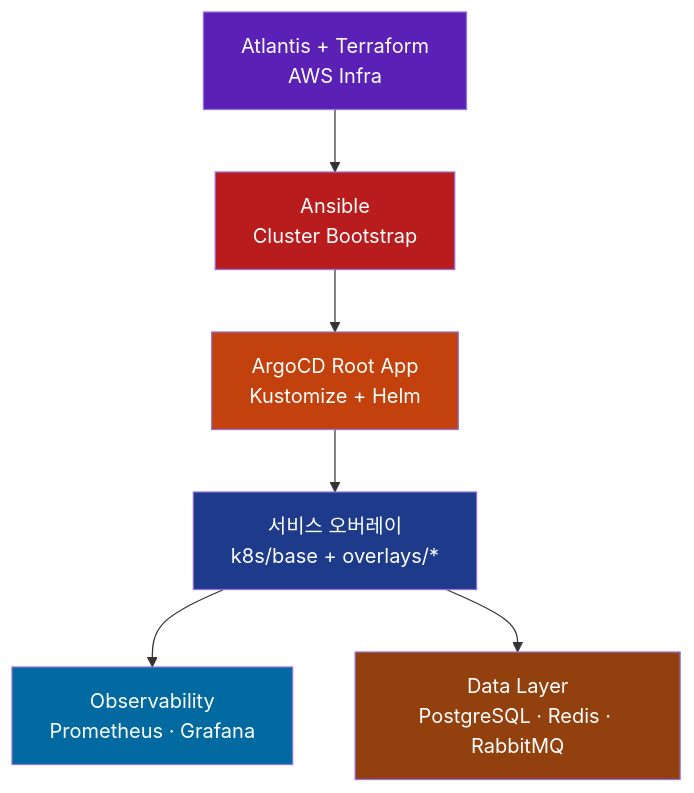
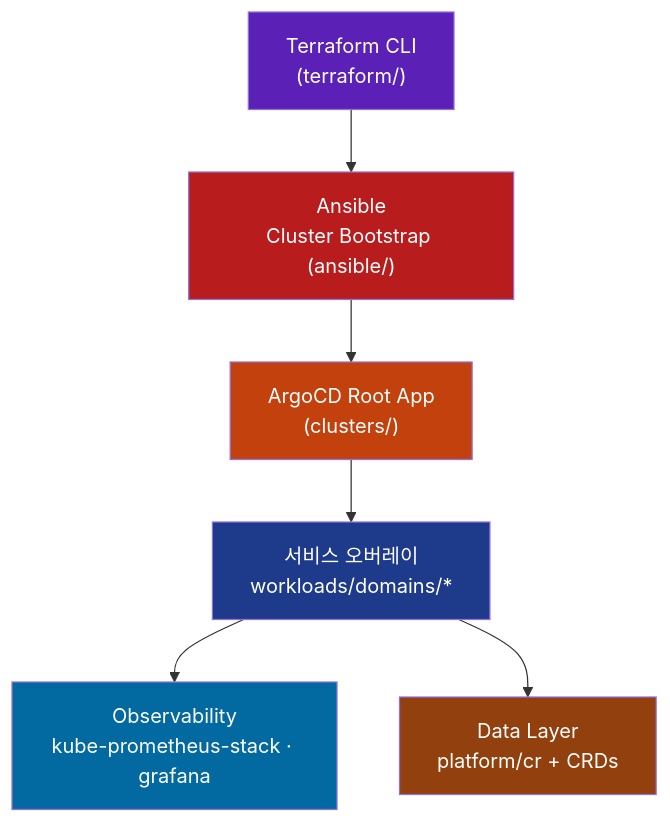
The second of 2 diagrams in README.md (SeSACTHON/backend), drawn with Mermaid before and after one commit. The commit also changed other lines of this file and 13 other files, not shown here.

````diff
--- a/README.md
+++ b/README.md
@@ -90,14 +94,14 @@
 ```mermaid
 graph TD
-    TF["Atlantis + Terraform<br/>AWS Infra"] --> ANS["Ansible<br/>Cluster Bootstrap"]
-    ANS --> ACD["ArgoCD Root App<br/>Kustomize + Helm"]
-    ACD --> SVC["서비스 오버레이<br/>k8s/base + overlays/*"]
-    SVC --> OBS["Observability<br/>Prometheus · Grafana"]
-    SVC --> DB["Data Layer<br/>PostgreSQL · Redis · RabbitMQ"]
+    TF["Terraform CLI<br/>(terraform/)"] --> ANS["Ansible<br/>Cluster Bootstrap (ansible/)"]
+    ANS --> ACD["ArgoCD Root App<br/>(clusters/)"]
+    ACD --> SVC["서비스 오버레이<br/>workloads/domains/*"]
+    SVC --> OBS["Observability<br/>kube-prometheus-stack · grafana"]
+    SVC --> DB["Data Layer<br/>platform/cr + CRDs"]
     style TF fill:#5b21b6,color:#fff
     style ANS fill:#b91c1c,color:#fff
     style ACD fill:#c2410c,color:#fff
     style SVC fill:#1e3a8a,color:#fff
     style OBS fill:#0369a1,color:#fff
     style DB fill:#92400e,color:#fff
 ```
````
